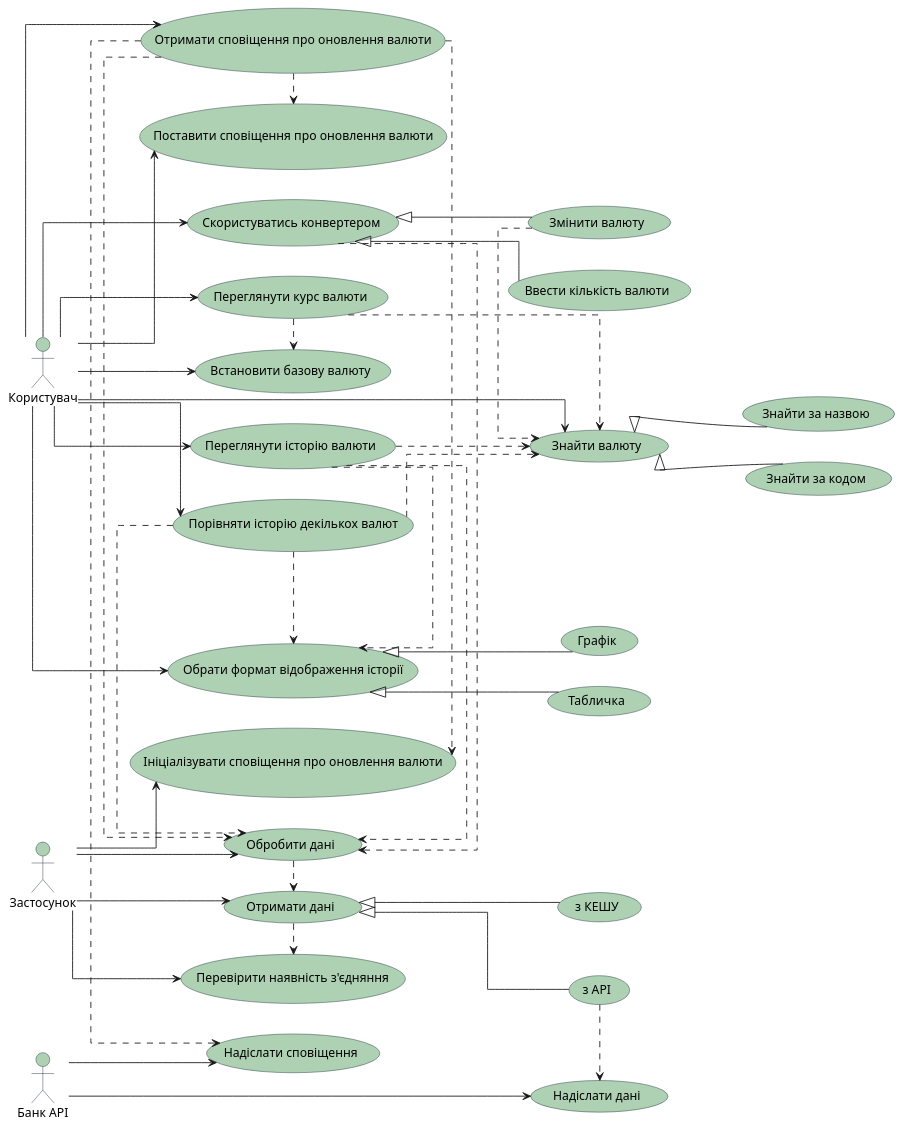
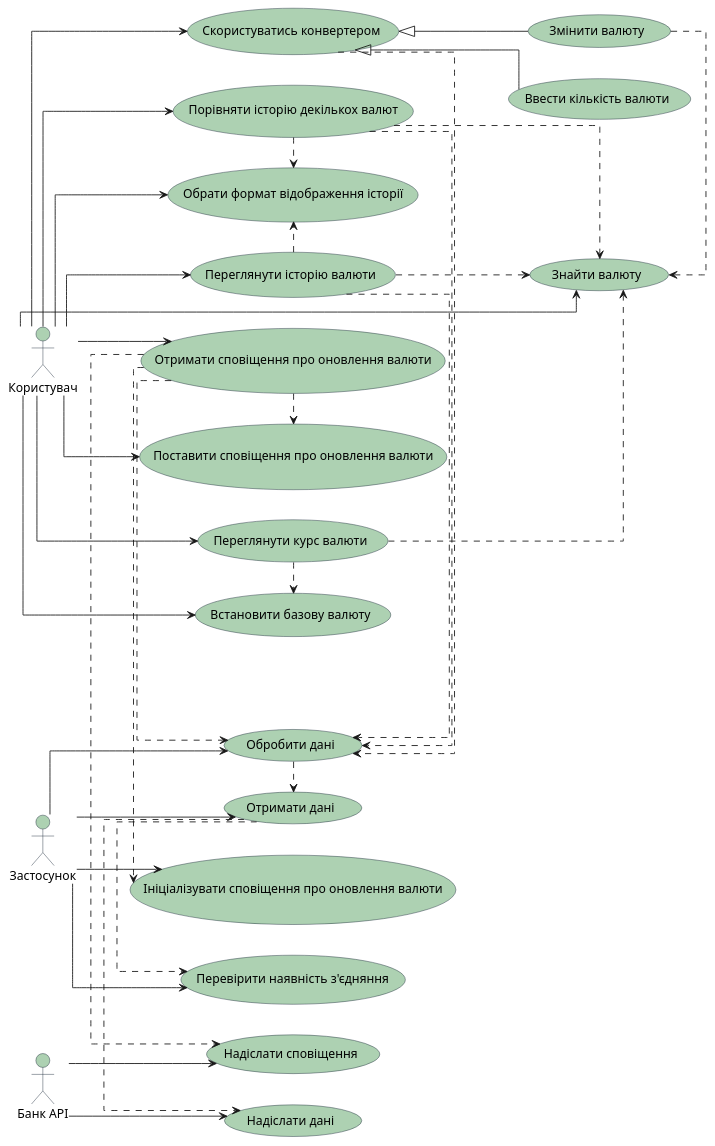
Before and after one commit to MihajloVat/KPI_labs_3_sem: the diagram in lab2/UC/UC.puml, drawn with PlantUML. The commit also changed 4 other files, not shown here.

```diff
--- a/lab2/UC/UC.puml
+++ b/lab2/UC/UC.puml
@@ -1,93 +1,77 @@
 @startuml
 left to right direction
 skinparam packageStyle rectangle
 skinparam usecaseBorderColor #1D2A3B
 skinparam usecaseBackgroundColor #ADD1B2
 skinparam actorBorderColor #1D2A3B
 skinparam actorBackgroundColor #ADD1B2
 skinparam linetype ortho
 
 actor Користувач as User
 actor "Банк API" as BankAPI
 actor Застосунок as App
 
 (Знайти валюту) as FindCurr
-(Знайти за назвою) as FindByName
-(Знайти за кодом) as FindByCode
 (Встановити базову валюту) as SetBaseCurr
 (Переглянути курс валюти) as ViewCurrRate
 (Скористуватись конвертером) as UseConverter
 (Змінити валюту) as ChangeCurr
 (Ввести кількість валюти) as EnterAmount
 (Переглянути історію валюти) as ViewHistory
 (Порівняти історію декількох валют) as CompareHistory
 (Обрати формат відображення історії) as SelectHistoryFormat
-(Графік) as Chart
-(Табличка) as Table
 (Поставити сповіщення про оновлення валюти) as SetAlert
 (Отримати сповіщення про оновлення валюти) as GetAlert
 (Надіслати дані) as SendData
 (Надіслати сповіщення) as SendNotif
 (Отримати дані) as GetData
 (Перевірити наявність з'єдняння) as CheckConnection
 (Обробити дані) as ProcData
 (Ініціалізувати сповіщення про оновлення валюти) as InitAlert
-(з АPI) as FromAPI
-(з КЕШУ) as FromCache
 
 User --> FindCurr
 User --> SetBaseCurr
 User --> ViewCurrRate
 User --> UseConverter
 User --> ViewHistory
 User --> CompareHistory
 User --> SelectHistoryFormat
 User --> SetAlert
 User --> GetAlert
 
 BankAPI --> SendData
 BankAPI --> SendNotif
 
 App --> GetData
 App --> CheckConnection
 App --> ProcData
 App --> InitAlert
 
-FindCurr <|-- FindByName
-FindCurr <|-- FindByCode
-
 UseConverter <|-- ChangeCurr
 UseConverter <|-- EnterAmount
-
-SelectHistoryFormat <|-- Chart
-SelectHistoryFormat <|-- Table
-
-GetData <|-- FromAPI
-GetData <|-- FromCache
 
 ViewCurrRate .> FindCurr
 ViewCurrRate .> SetBaseCurr
 
 ChangeCurr .> FindCurr
 CompareHistory .> FindCurr
 ViewHistory .> FindCurr
 
 UseConverter .> ProcData
 CompareHistory .> ProcData
 ViewHistory .> ProcData
 GetAlert .> ProcData
 
 ViewHistory .> SelectHistoryFormat
 CompareHistory .> SelectHistoryFormat
 
 GetAlert .> SendNotif
 GetAlert .> SetAlert
 GetAlert .> InitAlert
 
-FromAPI .> SendData
-
 ProcData .> GetData
 
 GetData .> CheckConnection
+GetData .> SendData
 
 @enduml
```
